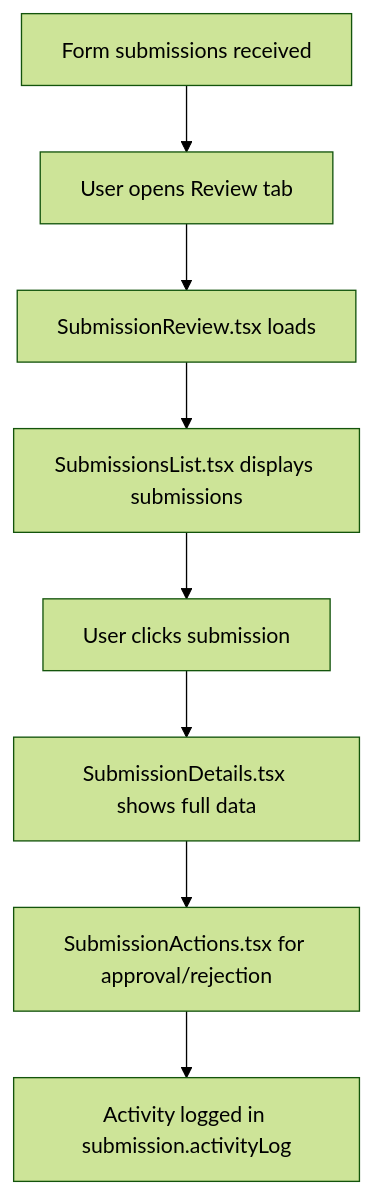
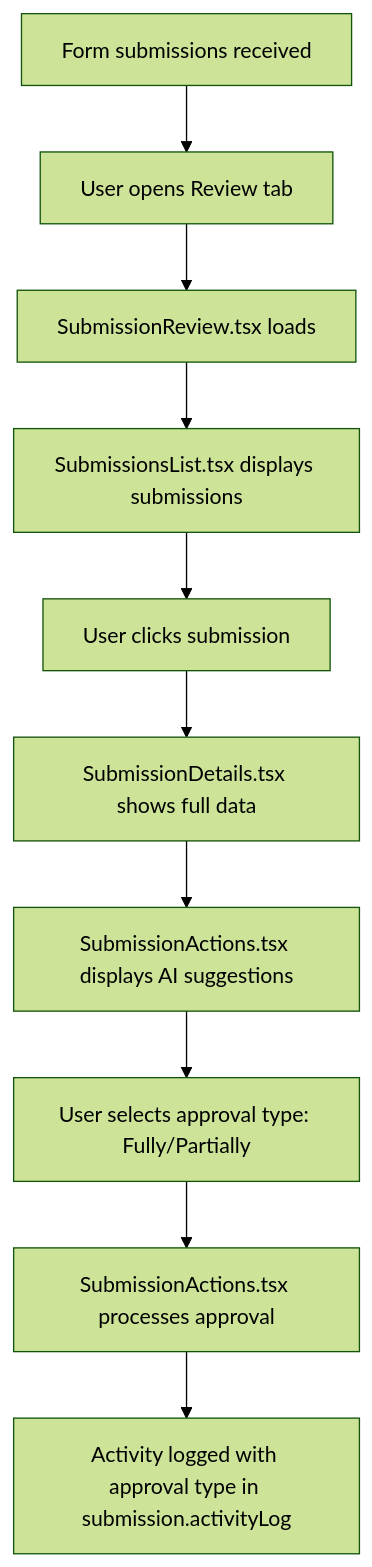
Before and after one commit to solidrange/solidrange-form-flow: the third of 4 diagrams in FILE_STRUCTURE_AND_FLOW.md, drawn with Mermaid (forest theme). The commit also changed other lines of this file and 4 other files, not shown here.

````diff
--- a/FILE_STRUCTURE_AND_FLOW.md
+++ b/FILE_STRUCTURE_AND_FLOW.md
@@ -224,10 +224,12 @@
 ```mermaid
 graph TD
     A[Form submissions received] --> B[User opens Review tab]
     B --> C[SubmissionReview.tsx loads]
     C --> D[SubmissionsList.tsx displays submissions]
     D --> E[User clicks submission]
     E --> F[SubmissionDetails.tsx shows full data]
-    F --> G[SubmissionActions.tsx for approval/rejection]
-    G --> H[Activity logged in submission.activityLog]
+    F --> G[SubmissionActions.tsx displays AI suggestions]
+    G --> H[User selects approval type: Fully/Partially]
+    H --> I[SubmissionActions.tsx processes approval]
+    I --> J[Activity logged with approval type in submission.activityLog]
 ```
````
